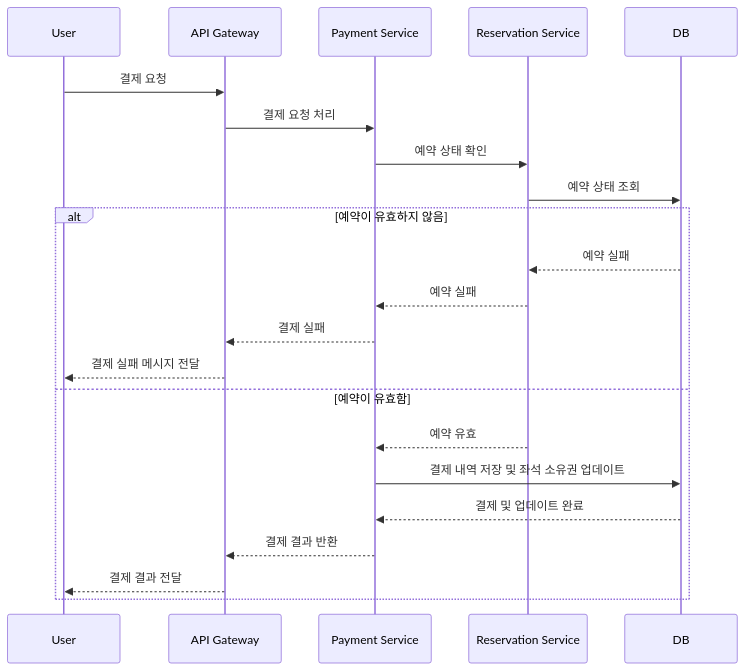
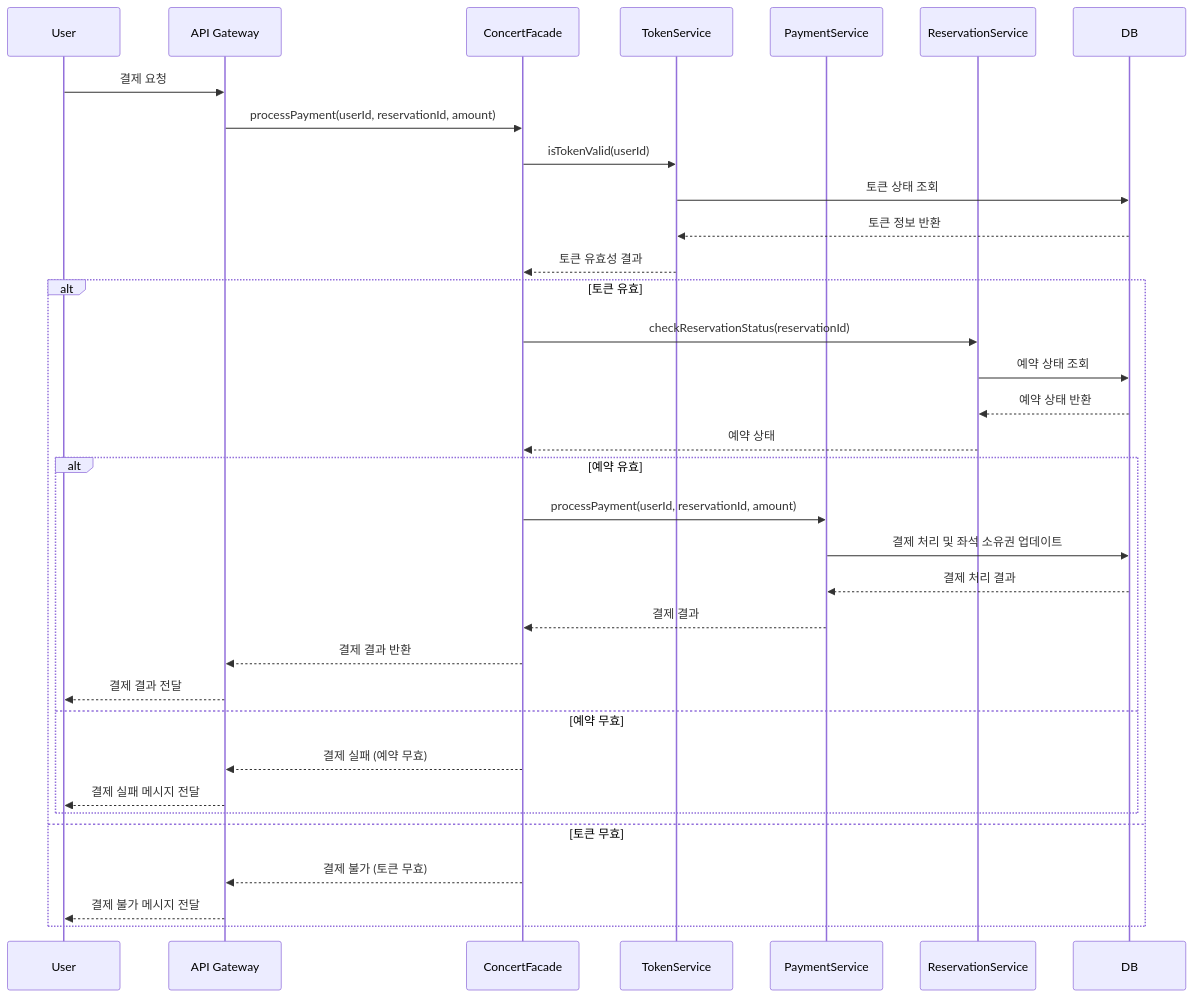
Before and after one commit to ghwoo93/hhplus-concert-3week: the seventh of 10 diagrams in README.md, drawn with Mermaid. The commit also changed other lines of this file, not shown here.

````diff
--- a/README.md
+++ b/README.md
@@ -502,25 +478,37 @@
 ```mermaid
 sequenceDiagram
     participant User
     participant API Gateway
-    participant Payment Service
-    participant Reservation Service
+    participant ConcertFacade
+    participant TokenService
+    participant PaymentService
+    participant ReservationService
     participant DB
 
     User->>API Gateway: 결제 요청
-    API Gateway->>Payment Service: 결제 요청 처리
-    Payment Service->>Reservation Service: 예약 상태 확인
-    Reservation Service->>DB: 예약 상태 조회
-    alt 예약이 유효하지 않음
-        DB-->>Reservation Service: 예약 실패
-        Reservation Service-->>Payment Service: 예약 실패
-        Payment Service-->>API Gateway: 결제 실패
-        API Gateway-->>User: 결제 실패 메시지 전달
-    else 예약이 유효함
-        Reservation Service-->>Payment Service: 예약 유효
-        Payment Service->>DB: 결제 내역 저장 및 좌석 소유권 업데이트
-        DB-->>Payment Service: 결제 및 업데이트 완료
-        Payment Service-->>API Gateway: 결제 결과 반환
-        API Gateway-->>User: 결제 결과 전달
+    API Gateway->>ConcertFacade: processPayment(userId, reservationId, amount)
+    ConcertFacade->>TokenService: isTokenValid(userId)
+    TokenService->>DB: 토큰 상태 조회
+    DB-->>TokenService: 토큰 정보 반환
+    TokenService-->>ConcertFacade: 토큰 유효성 결과
+    alt 토큰 유효
+        ConcertFacade->>ReservationService: checkReservationStatus(reservationId)
+        ReservationService->>DB: 예약 상태 조회
+        DB-->>ReservationService: 예약 상태 반환
+        ReservationService-->>ConcertFacade: 예약 상태
+        alt 예약 유효
+            ConcertFacade->>PaymentService: processPayment(userId, reservationId, amount)
+            PaymentService->>DB: 결제 처리 및 좌석 소유권 업데이트
+            DB-->>PaymentService: 결제 처리 결과
+            PaymentService-->>ConcertFacade: 결제 결과
+            ConcertFacade-->>API Gateway: 결제 결과 반환
+            API Gateway-->>User: 결제 결과 전달
+        else 예약 무효
+            ConcertFacade-->>API Gateway: 결제 실패 (예약 무효)
+            API Gateway-->>User: 결제 실패 메시지 전달
+        end
+    else 토큰 무효
+        ConcertFacade-->>API Gateway: 결제 불가 (토큰 무효)
+        API Gateway-->>User: 결제 불가 메시지 전달
     end
 ```
````
